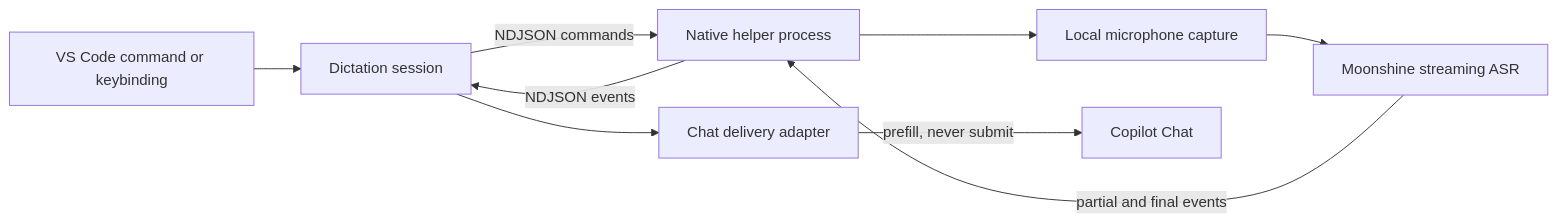
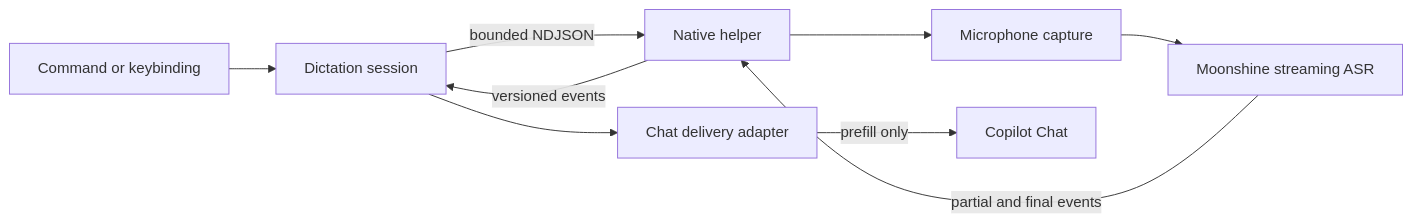
One commit to maxdewald/copilot-speech changed the diagram in README.md. Above: the diagram before and after it, drawn with Mermaid. The commit also changed other lines of this file and 3 other files, not shown here.

````diff
--- a/README.md
+++ b/README.md
@@ -39,11 +70,11 @@
 ```mermaid
 flowchart LR
-	Command[VS Code command or keybinding] --> Session[Dictation session]
-	Session -->|NDJSON commands| Helper[Native helper process]
-	Helper --> Capture[Local microphone capture]
+	Command[Command or keybinding] --> Session[Dictation session]
+	Session -->|bounded NDJSON| Helper[Native helper]
+	Helper --> Capture[Microphone capture]
 	Capture --> Moonshine[Moonshine streaming ASR]
 	Moonshine -->|partial and final events| Helper
-	Helper -->|NDJSON events| Session
+	Helper -->|versioned events| Session
 	Session --> Delivery[Chat delivery adapter]
-	Delivery -->|prefill, never submit| Chat[Copilot Chat]
+	Delivery -->|prefill only| Chat[Copilot Chat]
 ```
````
